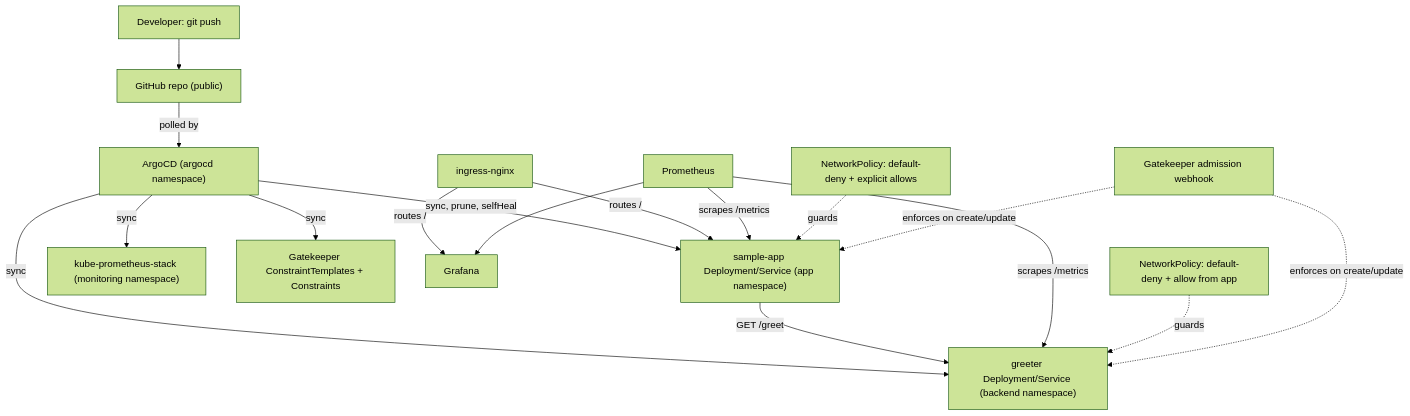
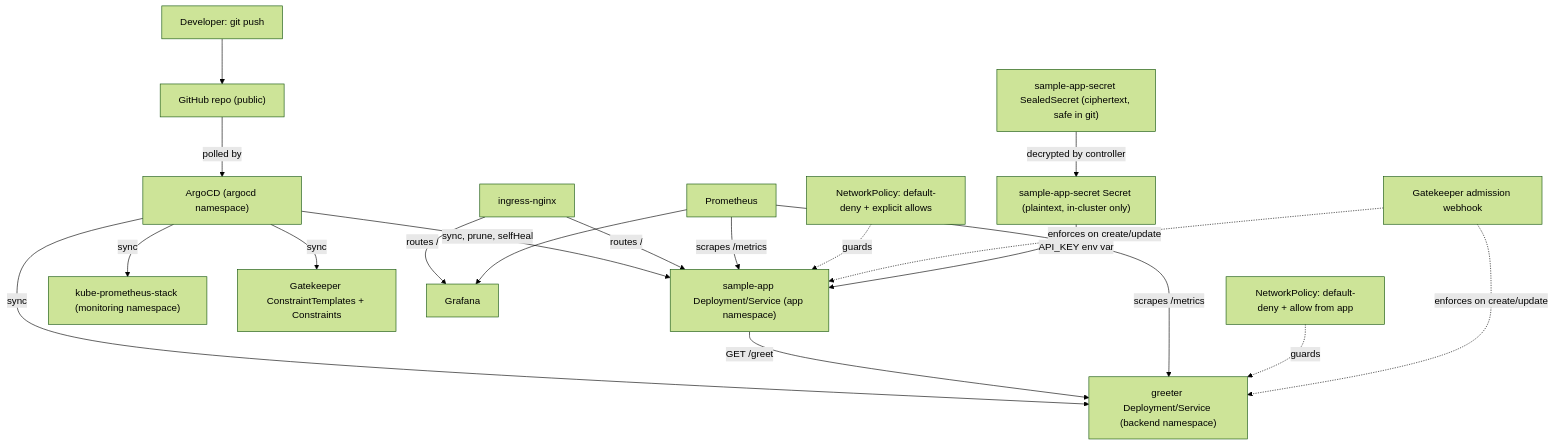
One commit to soodrajesh/minikube-gitops-platform changed the diagram in README.md. Above: the diagram before and after it, drawn with Mermaid (forest theme). The commit also changed other lines of this file and 4 other files, not shown here.

First line of the commit message:
Fix CI for Sealed Secrets: create demo Secret directly, don't rely on committed ciphertext

````diff
--- a/README.md
+++ b/README.md
@@ -11,19 +11,21 @@
 ```mermaid
 graph TD
     Dev["Developer: git push"] --> GH["GitHub repo (public)"]
     GH -->|polled by| ArgoCD["ArgoCD (argocd namespace)"]
     ArgoCD -->|sync, prune, selfHeal| App["sample-app Deployment/Service (app namespace)"]
     ArgoCD -->|sync| Backend["greeter Deployment/Service (backend namespace)"]
     ArgoCD -->|sync| Monitoring["kube-prometheus-stack (monitoring namespace)"]
     ArgoCD -->|sync| Policies["Gatekeeper ConstraintTemplates + Constraints"]
     Ingress["ingress-nginx"] -->|routes /| App
     Ingress -->|routes /| Grafana["Grafana"]
     App -->|GET /greet| Backend
     Prometheus["Prometheus"] -->|scrapes /metrics| App
     Prometheus -->|scrapes /metrics| Backend
     Prometheus --> Grafana
     NetPol["NetworkPolicy: default-deny + explicit allows"] -.guards.-> App
     NetPol2["NetworkPolicy: default-deny + allow from app"] -.guards.-> Backend
     Gatekeeper["Gatekeeper admission webhook"] -.enforces on create/update.-> App
     Gatekeeper -.enforces on create/update.-> Backend
+    SealedSecret["sample-app-secret SealedSecret (ciphertext, safe in git)"] -->|decrypted by controller| Secret["sample-app-secret Secret (plaintext, in-cluster only)"]
+    Secret -->|API_KEY env var| App
 ```
````
